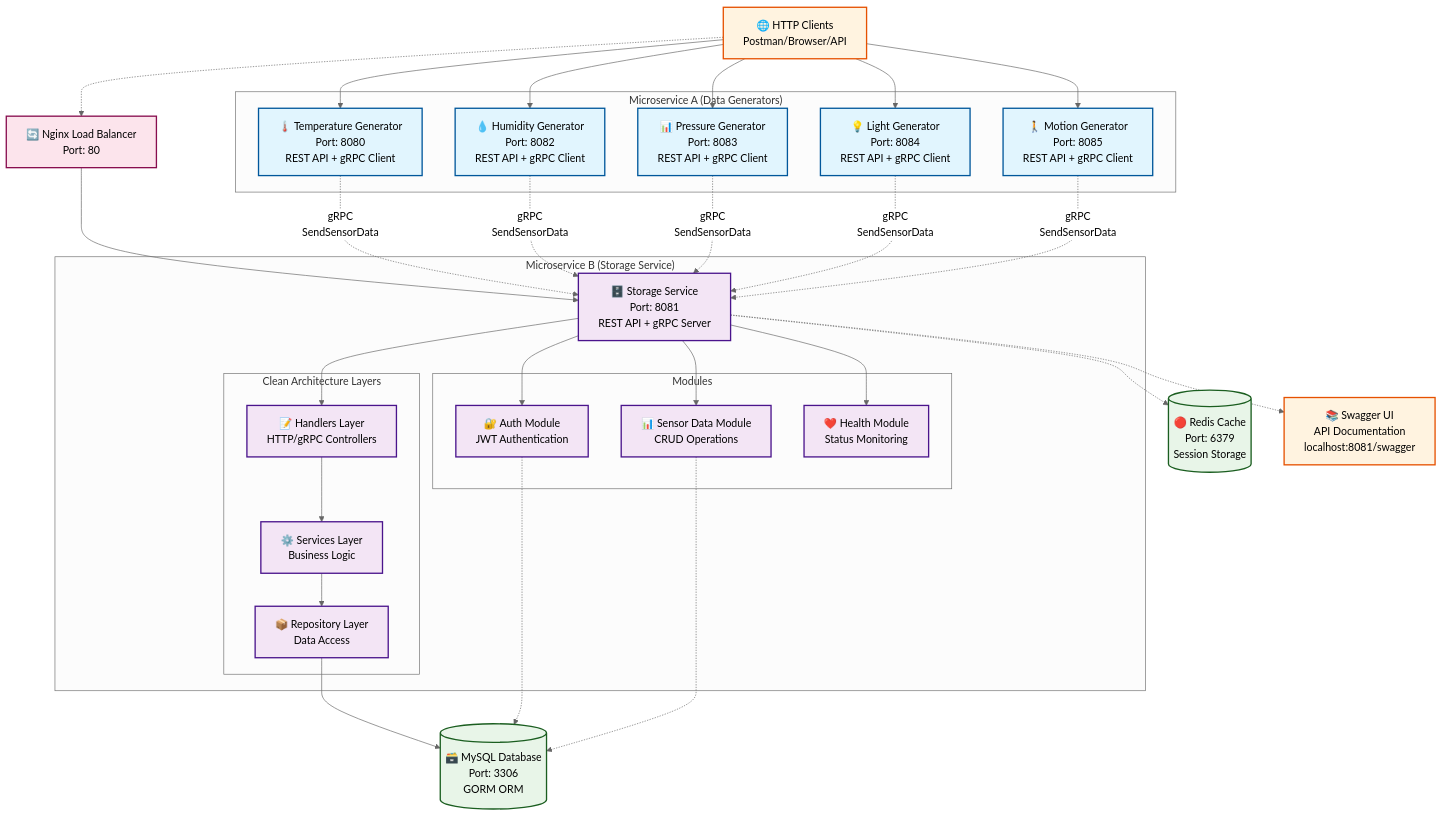
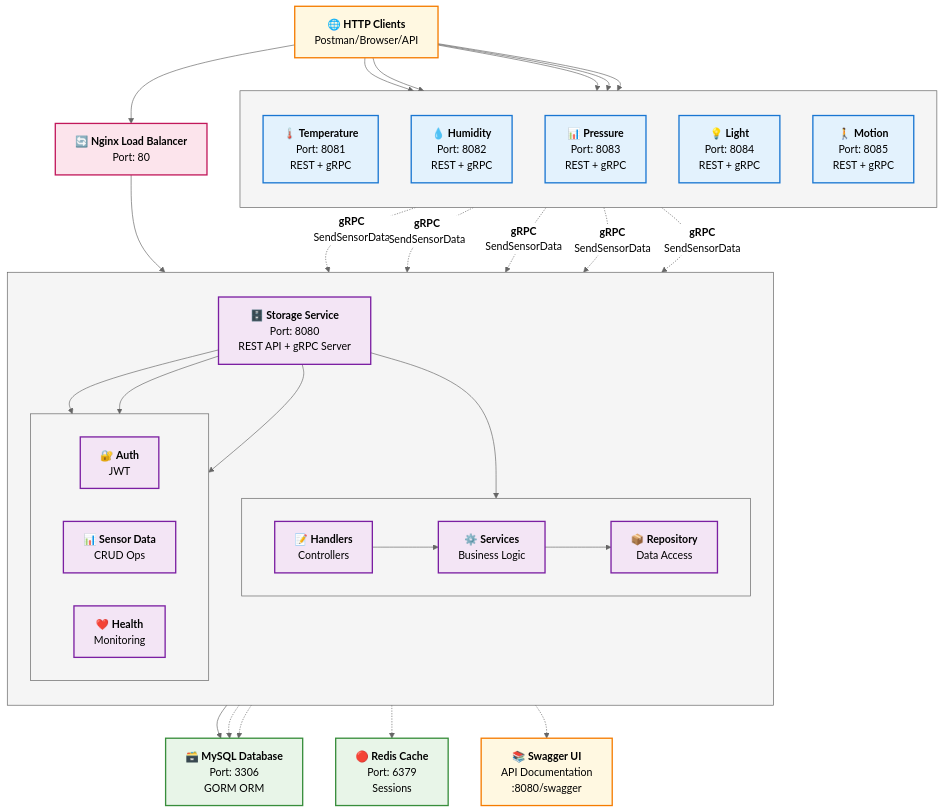
One commit to mch-fauzy/worlder-team-microservice-server changed the diagram in README.md. Above: the diagram before and after it, drawn with Mermaid (neutral theme). The commit also changed other lines of this file, not shown here.

````diff
--- a/README.md
+++ b/README.md
@@ -25,48 +30,78 @@
 ```mermaid
 graph TB
     %% External clients
-    Client[🌐 HTTP Clients<br/>Postman/Browser/API]
+    Client["`🌐 **HTTP Clients**
+    Postman/Browser/API`"]
     
     %% Load balancer
-    LB[🔄 Nginx Load Balancer<br/>Port: 80]
+    LB["`🔄 **Nginx Load Balancer**
+    Port: 80`"]
     
     %% Microservice A instances
-    subgraph "Microservice A (Data Generators)"
-        A1[🌡️ Temperature Generator<br/>Port: 8080<br/>REST API + gRPC Client]
-        A2[💧 Humidity Generator<br/>Port: 8082<br/>REST API + gRPC Client]  
-        A3[📊 Pressure Generator<br/>Port: 8083<br/>REST API + gRPC Client]
-        A4[💡 Light Generator<br/>Port: 8084<br/>REST API + gRPC Client]
-        A5[🚶 Motion Generator<br/>Port: 8085<br/>REST API + gRPC Client]
+    subgraph GenA [" "]
+        direction TB
+        A1["`🌡️ **Temperature**
+        Port: 8081
+        REST + gRPC`"]
+        A2["`💧 **Humidity**
+        Port: 8082
+        REST + gRPC`"]  
+        A3["`📊 **Pressure**
+        Port: 8083
+        REST + gRPC`"]
+        A4["`💡 **Light**
+        Port: 8084
+        REST + gRPC`"]
+        A5["`🚶 **Motion**
+        Port: 8085
+        REST + gRPC`"]
     end
     
     %% Microservice B
-    subgraph "Microservice B (Storage Service)"
-        B[🗄️ Storage Service<br/>Port: 8081<br/>REST API + gRPC Server]
+    subgraph StorageB [" "]
+        direction TB
+        B["`🗄️ **Storage Service**
+        Port: 8080
+        REST API + gRPC Server`"]
         
-        subgraph "Clean Architecture Layers"
-            BH[📝 Handlers Layer<br/>HTTP/gRPC Controllers]
-            BS[⚙️ Services Layer<br/>Business Logic]
-            BR[📦 Repository Layer<br/>Data Access]
+        subgraph Layers [" "]
+            direction LR
+            BH["`📝 **Handlers**
+            Controllers`"]
+            BS["`⚙️ **Services**
+            Business Logic`"]
+            BR["`📦 **Repository**
+            Data Access`"]
         end
         
-        subgraph "Modules"
-            AUTH[🔐 Auth Module<br/>JWT Authentication]
-            SENSOR[📊 Sensor Data Module<br/>CRUD Operations]
-            HEALTH[❤️ Health Module<br/>Status Monitoring]
+        subgraph Modules [" "]
+            direction LR
+            AUTH["`🔐 **Auth**
+            JWT`"]
+            SENSOR["`📊 **Sensor Data**
+            CRUD Ops`"]
+            HEALTH["`❤️ **Health**
+            Monitoring`"]
         end
     end
     
     %% Database
-    DB[(🗃️ MySQL Database<br/>Port: 3306<br/>GORM ORM)]
+    DB["`🗃️ **MySQL Database**
+    Port: 3306
+    GORM ORM`"]
     
-    %% Redis (optional caching)
-    REDIS[(🔴 Redis Cache<br/>Port: 6379<br/>Session Storage)]
+    %% Redis
+    REDIS["`🔴 **Redis Cache**
+    Port: 6379
+    Sessions`"]
     
-    %% External monitoring
-    SWAGGER[📚 Swagger UI<br/>API Documentation<br/>localhost:8081/swagger]
+    %% Documentation
+    SWAGGER["`📚 **Swagger UI**
+    API Documentation
+    :8080/swagger`"]
     
-    %% Connections
-    Client -.-> LB
+    %% Connections - HTTP REST
+    Client --> LB
     LB --> B
     Client --> A1
     Client --> A2  
@@ -74,19 +109,25 @@
     Client --> A4
     Client --> A5
     
-    %% gRPC connections from generators to storage
-    A1 -.->|gRPC<br/>SendSensorData| B
-    A2 -.->|gRPC<br/>SendSensorData| B
-    A3 -.->|gRPC<br/>SendSensorData| B
-    A4 -.->|gRPC<br/>SendSensorData| B
-    A5 -.->|gRPC<br/>SendSensorData| B
+    %% gRPC connections
+    A1 -.->|"`**gRPC**
+    SendSensorData`"| B
+    A2 -.->|"`**gRPC**
+    SendSensorData`"| B
+    A3 -.->|"`**gRPC**
+    SendSensorData`"| B
+    A4 -.->|"`**gRPC**
+    SendSensorData`"| B
+    A5 -.->|"`**gRPC**
+    SendSensorData`"| B
     
-    %% Internal architecture
+    %% Internal flow
     B --> BH
     BH --> BS
     BS --> BR
     BR --> DB
     
+    %% Module connections
     B --> AUTH
     B --> SENSOR
     B --> HEALTH
@@ -99,16 +140,18 @@
     %% Documentation
     B -.-> SWAGGER
     
-    %% Styling
-    classDef microserviceA fill:#e1f5fe,stroke:#01579b,stroke-width:2px
-    classDef microserviceB fill:#f3e5f5,stroke:#4a148c,stroke-width:2px
-    classDef database fill:#e8f5e8,stroke:#1b5e20,stroke-width:2px
-    classDef client fill:#fff3e0,stroke:#e65100,stroke-width:2px
-    classDef infrastructure fill:#fce4ec,stroke:#880e4f,stroke-width:2px
+    %% Light mode styling
+    classDef generators fill:#e3f2fd,stroke:#1976d2,stroke-width:2px,color:#000
+    classDef storage fill:#f3e5f5,stroke:#7b1fa2,stroke-width:2px,color:#000
+    classDef database fill:#e8f5e8,stroke:#388e3c,stroke-width:2px,color:#000
+    classDef client fill:#fff8e1,stroke:#f57c00,stroke-width:2px,color:#000
+    classDef infrastructure fill:#fce4ec,stroke:#c2185b,stroke-width:2px,color:#000
+    classDef groupBox fill:#f5f5f5,stroke:#616161,stroke-width:1px,color:#000
     
-    class A1,A2,A3,A4,A5 microserviceA
-    class B,BH,BS,BR,AUTH,SENSOR,HEALTH microserviceB
+    class A1,A2,A3,A4,A5 generators
+    class B,BH,BS,BR,AUTH,SENSOR,HEALTH storage
     class DB,REDIS database
     class Client,SWAGGER client
     class LB infrastructure
+    class GenA,StorageB,Layers,Modules groupBox
 ```
````
